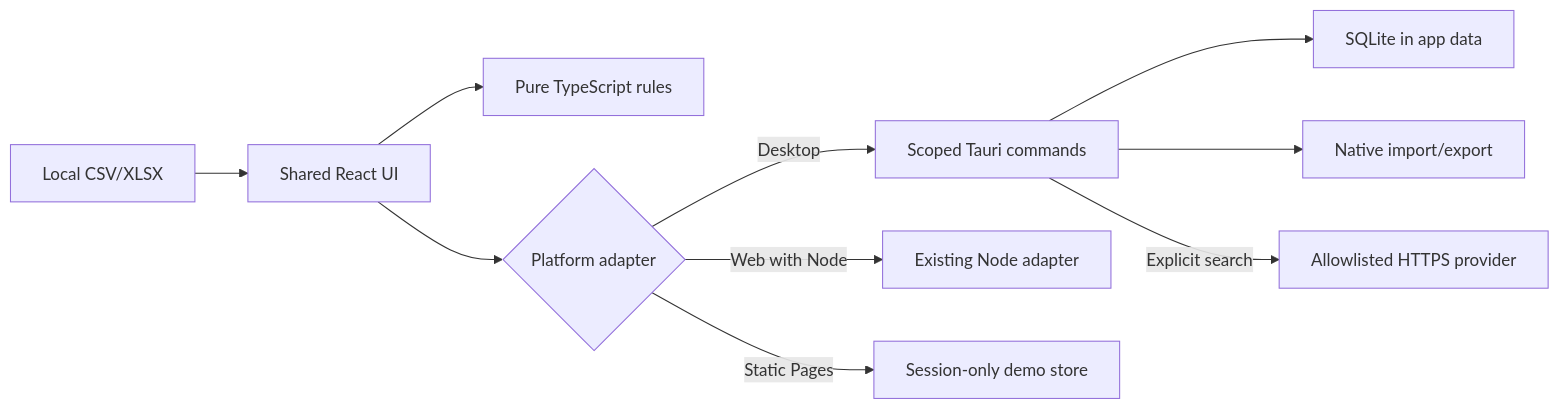
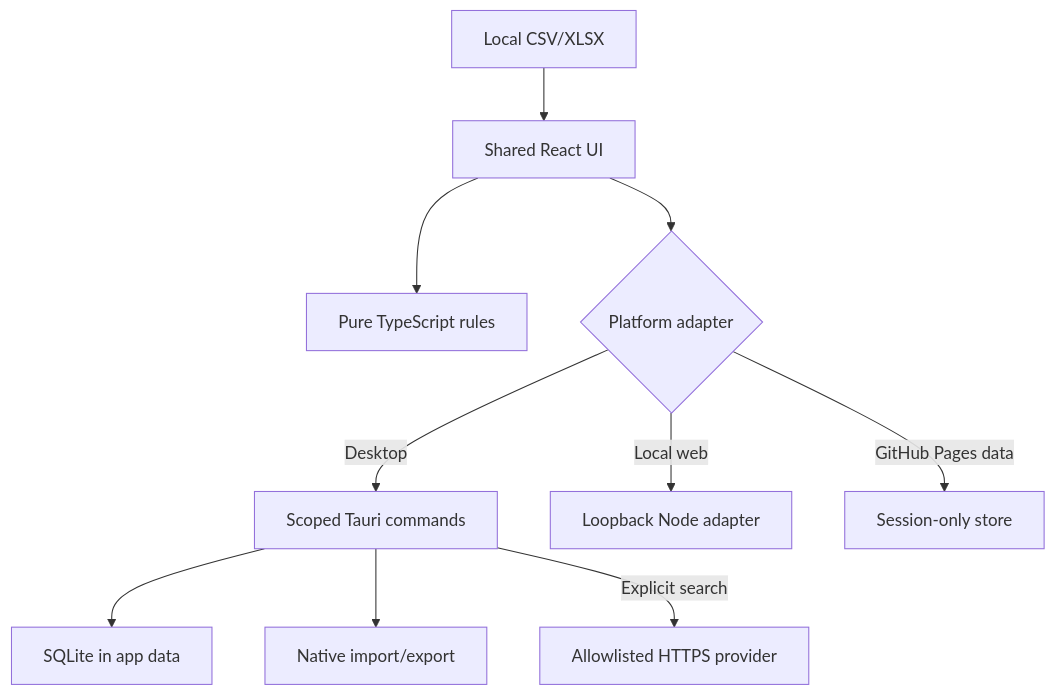
Before and after one commit to Sajeevanveeriah/Inventory-Management-SWL: the first of 2 diagrams in docs/ARCHITECTURE.md, drawn with Mermaid. The commit also changed other lines of this file and 106 other files, not shown here.

````diff
--- a/docs/ARCHITECTURE.md
+++ b/docs/ARCHITECTURE.md
@@ -3,12 +3,12 @@
 ```mermaid
-flowchart LR
+flowchart TD
   Files["Local CSV/XLSX"] --> UI["Shared React UI"]
   UI --> Core["Pure TypeScript rules"]
   UI --> Adapter{"Platform adapter"}
   Adapter -->|Desktop| Rust["Scoped Tauri commands"]
   Rust --> DB["SQLite in app data"]
   Rust --> Export["Native import/export"]
   Rust -->|Explicit search| Provider["Allowlisted HTTPS provider"]
-  Adapter -->|Web with Node| Server["Existing Node adapter"]
-  Adapter -->|Static Pages| Session["Session-only demo store"]
+  Adapter -->|Local web| Server["Loopback Node adapter"]
+  Adapter -->|GitHub Pages data| Session["Session-only store"]
 ```
````
